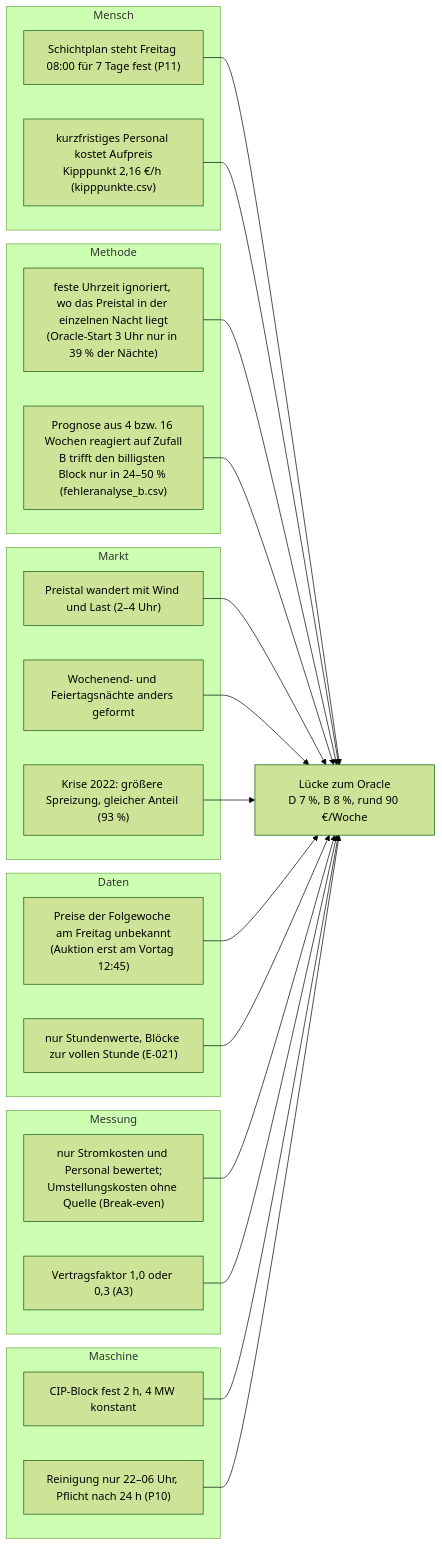
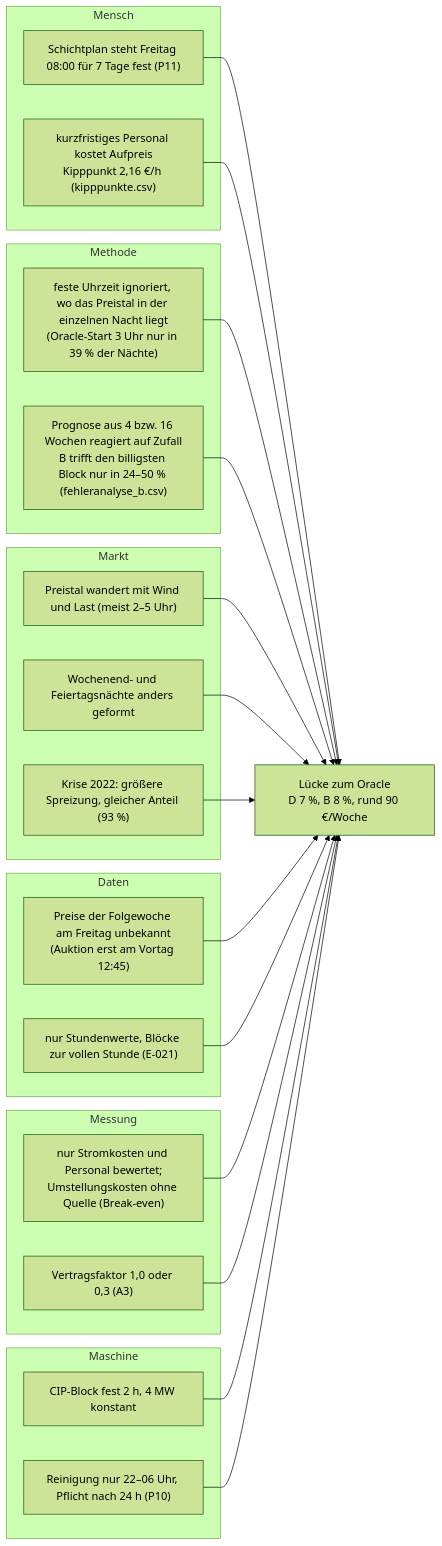
The diagram in docs/ishikawa.md (fiebermax/AuE_Flexibilitaetswert_DayAhead), drawn with Mermaid (forest theme) before and after one commit. The commit also changed 28 other files, not shown here.

````diff
--- a/docs/ishikawa.md
+++ b/docs/ishikawa.md
@@ -7,44 +7,44 @@
 ```mermaid
 flowchart LR
     W["Lücke zum Oracle<br/>D 7 %, B 8 %, rund 90 €/Woche"]
 
     subgraph Mensch
       M1["Schichtplan steht Freitag 08:00 für 7 Tage fest (P11)"]
       M2["kurzfristiges Personal kostet Aufpreis<br/>Kipppunkt 2,16 €/h (kipppunkte.csv)"]
     end
     subgraph Methode
       ME1["feste Uhrzeit ignoriert, wo das Preistal in der einzelnen Nacht liegt<br/>(Oracle-Start 3 Uhr nur in 39 % der Nächte)"]
       ME2["Prognose aus 4 bzw. 16 Wochen reagiert auf Zufall<br/>B trifft den billigsten Block nur in 24–50 % (fehleranalyse_b.csv)"]
     end
     subgraph Markt
-      MA1["Preistal wandert mit Wind und Last (2–4 Uhr)"]
+      MA1["Preistal wandert mit Wind und Last (meist 2–5 Uhr)"]
       MA2["Wochenend- und Feiertagsnächte anders geformt"]
       MA3["Krise 2022: größere Spreizung, gleicher Anteil (93 %)"]
     end
     subgraph Daten
       D1["Preise der Folgewoche am Freitag unbekannt<br/>(Auktion erst am Vortag 12:45)"]
       D2["nur Stundenwerte, Blöcke zur vollen Stunde (E-021)"]
     end
     subgraph Messung
       ME3["nur Stromkosten und Personal bewertet;<br/>Umstellungskosten ohne Quelle (Break-even)"]
       ME4["Vertragsfaktor 1,0 oder 0,3 (A3)"]
     end
     subgraph Maschine
       MS1["CIP-Block fest 2 h, 4 MW konstant"]
       MS2["Reinigung nur 22–06 Uhr, Pflicht nach 24 h (P10)"]
     end
 
     M1 --> W
     M2 --> W
     ME1 --> W
     ME2 --> W
     MA1 --> W
     MA2 --> W
     MA3 --> W
     D1 --> W
     D2 --> W
     ME3 --> W
     ME4 --> W
     MS1 --> W
     MS2 --> W
 ```
````
